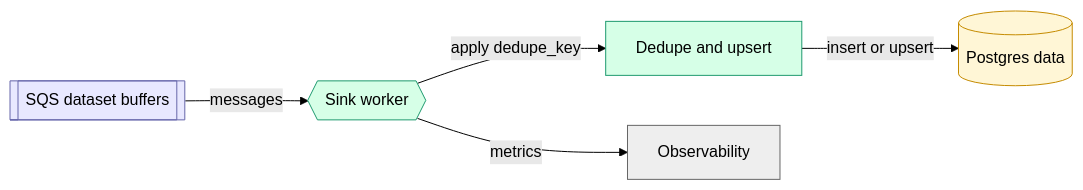
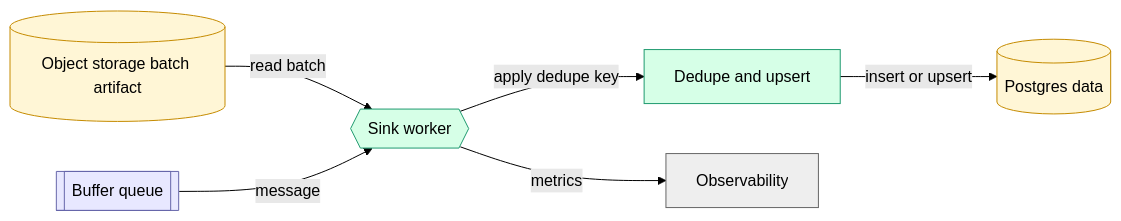
One commit to c7121/trace changed the diagram in docs/architecture/adr/0006-buffered-postgres-datasets.md. Above: the diagram before and after it, drawn with Mermaid (forest theme). The commit also changed other lines of this file and 23 other files, not shown here.

````diff
--- a/docs/architecture/adr/0006-buffered-postgres-datasets.md
+++ b/docs/architecture/adr/0006-buffered-postgres-datasets.md
@@ -20,18 +28,20 @@
 ```mermaid
 flowchart LR
-    buffer[[SQS dataset buffers]]:::infra
+    buffer[[Buffer queue]]:::infra
+    obj[(Object storage batch artifact)]:::database
     sink{{Sink worker}}:::component
     writer["Dedupe and upsert"]:::component
     pg[(Postgres data)]:::database
     obs[Observability]:::ext
 
-    buffer -->|messages| sink
-    sink -->|apply dedupe_key| writer
+    obj -->|read batch| sink
+    buffer -->|message| sink
+    sink -->|apply dedupe key| writer
     writer -->|insert or upsert| pg
     sink -->|metrics| obs
 
     classDef component fill:#d6ffe7,stroke:#1f9a6f,color:#000;
     classDef database fill:#fff6d6,stroke:#c58b00,color:#000;
     classDef infra fill:#e8e8ff,stroke:#6666aa,color:#000;
     classDef ext fill:#eee,stroke:#666,color:#000;
 ```
````
